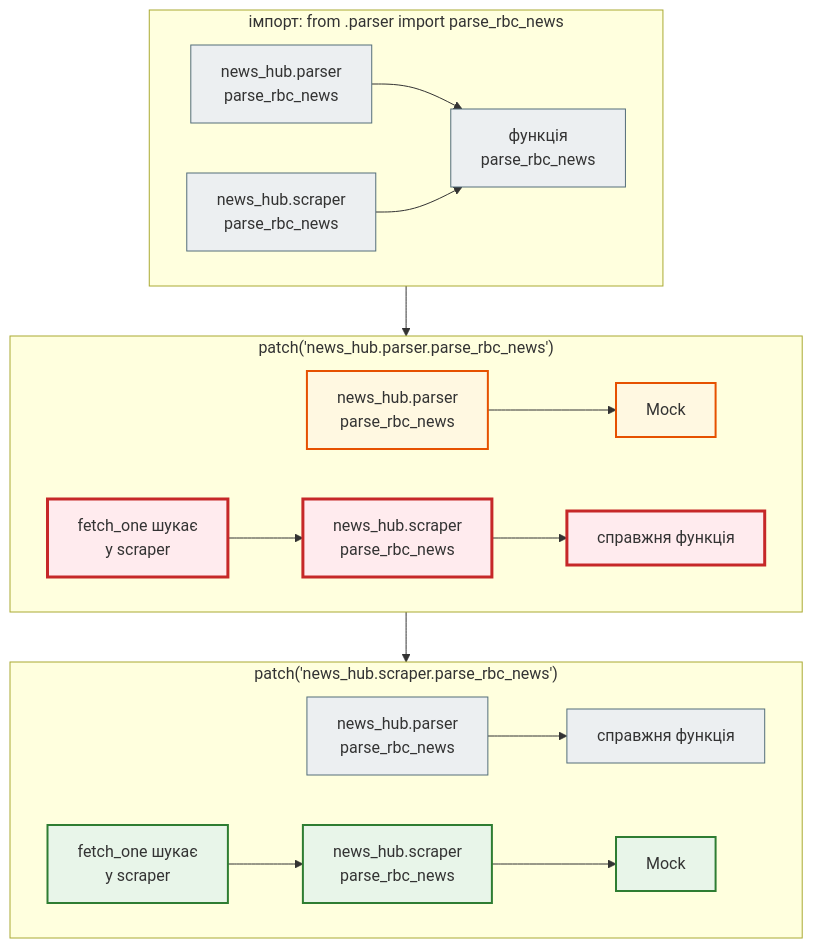
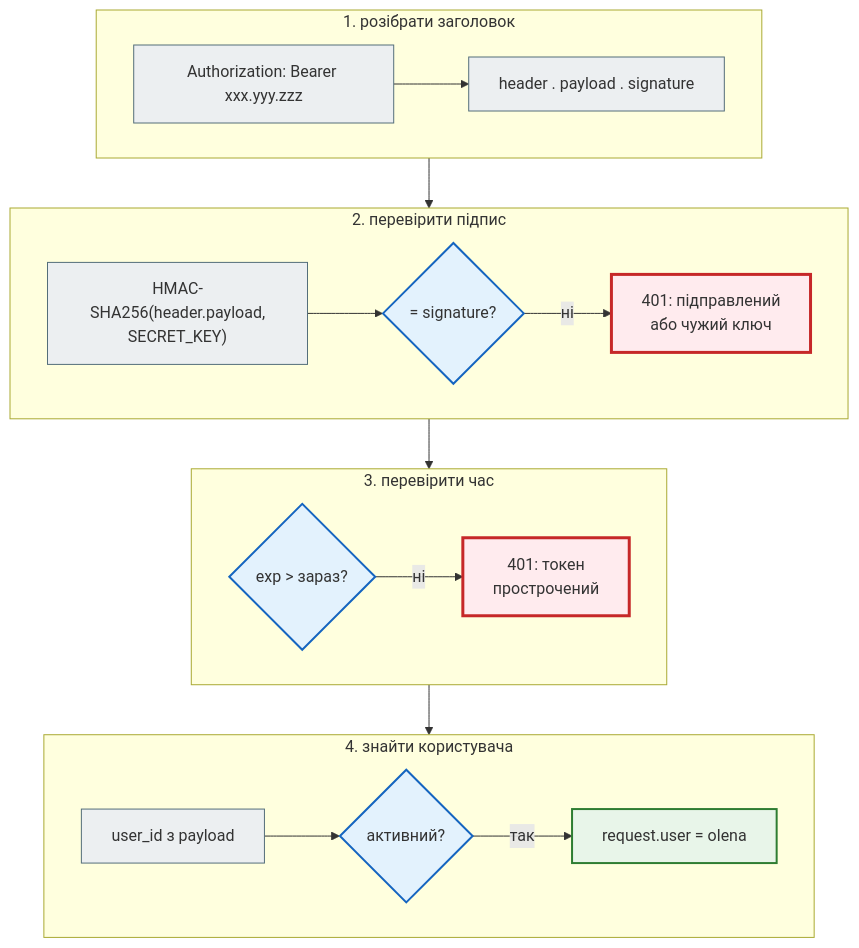
One commit to AlinaRadchenko/PY-Course-Victor-Nikoriak-22-09-2026 changed the second of 3 diagrams in docs/modules/m4/lesson_41.md. Above: the diagram before and after it, drawn with Mermaid. The commit also changed other lines of this file and 1846 other files, not shown here.

````diff
--- a/docs/modules/m4/lesson_41.md
+++ b/docs/modules/m4/lesson_41.md
@@ -240,32 +341,32 @@
 ```mermaid
 flowchart TD
     classDef step     fill:#eceff1,stroke:#546e7a,stroke-width:1px;
     classDef decision fill:#e3f2fd,stroke:#1565c0,stroke-width:2px;
     classDef success  fill:#e8f5e9,stroke:#2e7d32,stroke-width:2px;
     classDef error    fill:#ffebee,stroke:#c62828,stroke-width:3px;
     classDef warning  fill:#fff8e1,stroke:#e65100,stroke-width:2px;
 
-    subgraph S1["імпорт: from .parser import parse_rbc_news"]
+    subgraph S1 ["1. розібрати заголовок"]
         direction LR
-        P1["news_hub.parser<br>parse_rbc_news"] --> F1["функція<br>parse_rbc_news"]
-        C1["news_hub.scraper<br>parse_rbc_news"] --> F1
+        a1["Authorization: Bearer xxx.yyy.zzz"] --> a2["header . payload . signature"]
     end
-    subgraph S2["patch('news_hub.parser.parse_rbc_news')"]
+    subgraph S2 ["2. перевірити підпис"]
         direction LR
-        P2["news_hub.parser<br>parse_rbc_news"] --> M2["Mock"]
-        C2["news_hub.scraper<br>parse_rbc_news"] --> F2["справжня функція"]
-        FO2["fetch_one шукає<br>у scraper"] --> C2
+        b1["HMAC-SHA256(header.payload,<br>SECRET_KEY)"] --> b2{"= signature?"}
+        b2 -- ні --> b3["401: підправлений<br>або чужий ключ"]
     end
-    subgraph S3["patch('news_hub.scraper.parse_rbc_news')"]
+    subgraph S3 ["3. перевірити час"]
         direction LR
-        P3["news_hub.parser<br>parse_rbc_news"] --> F3["справжня функція"]
-        C3["news_hub.scraper<br>parse_rbc_news"] --> M3["Mock"]
-        FO3["fetch_one шукає<br>у scraper"] --> C3
+        c1{"exp > зараз?"} -- ні --> c2["401: токен<br>прострочений"]
     end
-    S1 --> S2 --> S3
+    subgraph S4 ["4. знайти користувача"]
+        direction LR
+        d1["user_id з payload"] --> d2{"активний?"} -- так --> d3["request.user = olena"]
+    end
+    S1 --> S2 --> S3 --> S4
 
-    class P1,C1,F1,P3,F3 step
-    class P2,M2 warning
-    class C2,F2,FO2 error
-    class C3,M3,FO3 success
+    class a1,a2,b1,d1 step
+    class b2,c1,d2 decision
+    class b3,c2 error
+    class d3 success
 ```
````
